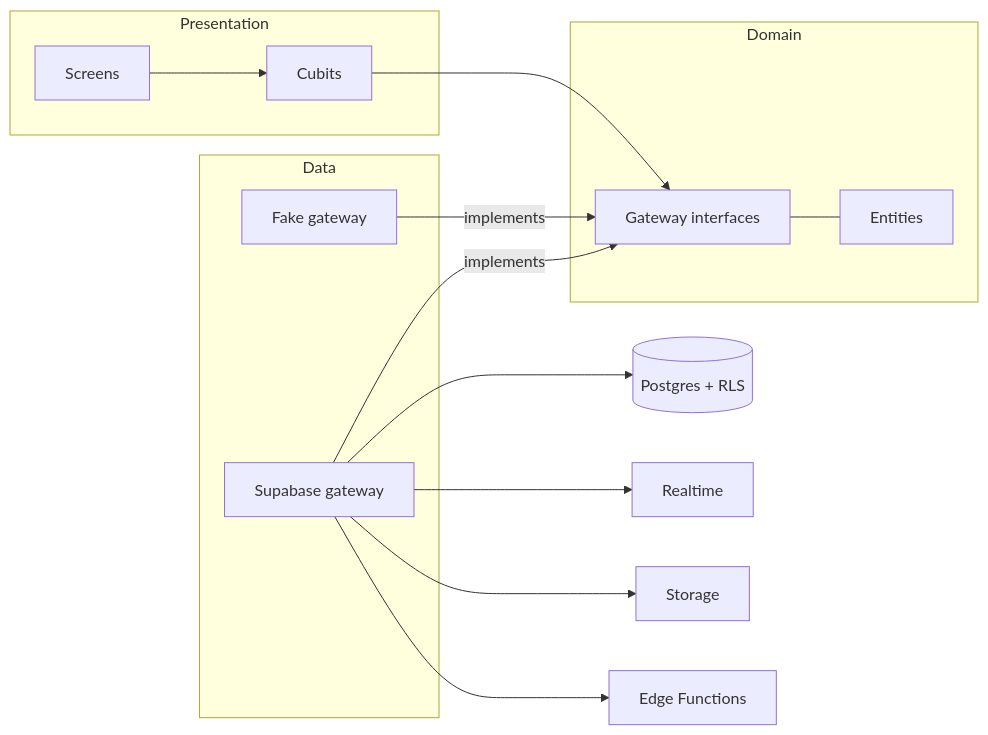
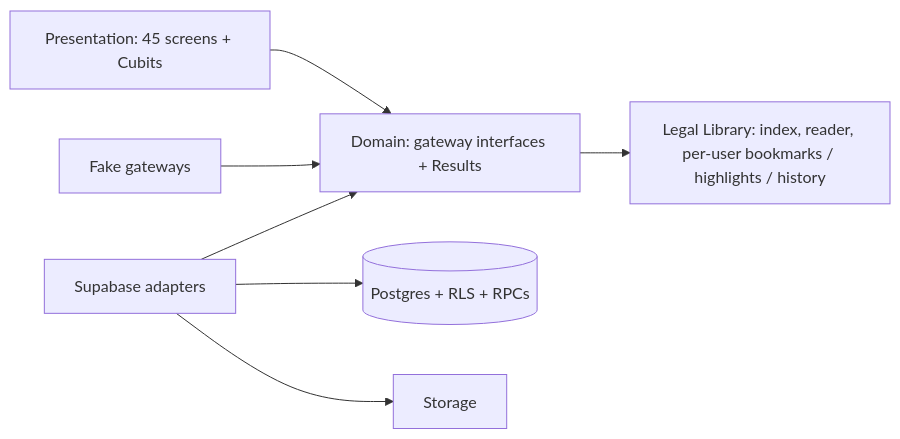
The first of 2 diagrams in README.md (mostafasayed118/Law_App), drawn with Mermaid before and after one commit. The commit also changed other lines of this file and 1 other file, not shown here.

````diff
--- a/README.md
+++ b/README.md
@@ -35,20 +40,9 @@
 ```mermaid
 flowchart LR
-  subgraph P[Presentation]
-    S[Screens] --> C[Cubits]
-  end
-  subgraph D[Domain]
-    G[Gateway interfaces] --- E[Entities]
-  end
-  subgraph DA[Data]
-    F[Fake gateway]
-    SB[Supabase gateway]
-  end
-  C --> G
-  F -->|implements| G
-  SB -->|implements| G
-  SB --> PG[(Postgres + RLS)]
-  SB --> RT[Realtime]
+  P[Presentation: 45 screens + Cubits] --> D[Domain: gateway interfaces + Results]
+  F[Fake gateways] --> D
+  SB[Supabase adapters] --> D
+  SB --> PG[(Postgres + RLS + RPCs)]
   SB --> ST[Storage]
-  SB --> EF[Edge Functions]
+  D --> L[Legal Library: index, reader, per-user bookmarks / highlights / history]
 ```
````
